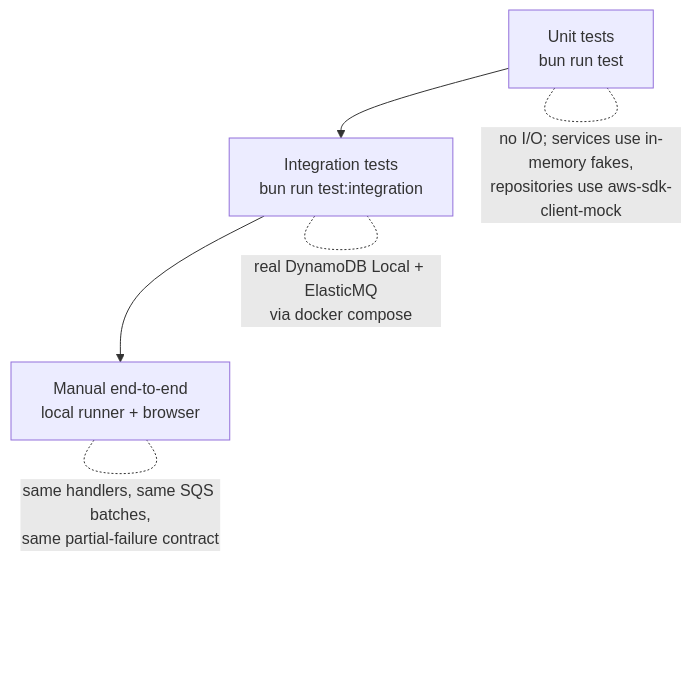
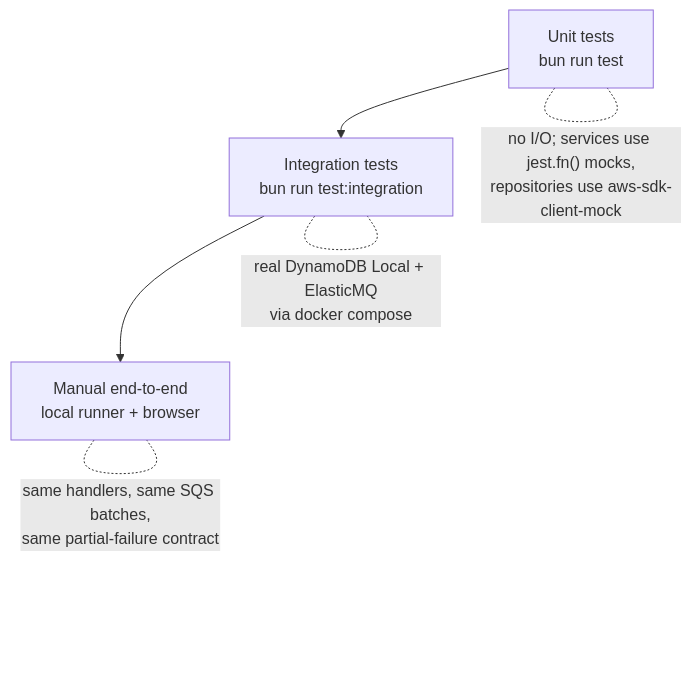
One commit to sumiyab/noti-request-system changed the third of 3 diagrams in README.md. Above: the diagram before and after it, drawn with Mermaid. The commit also changed other lines of this file and 35 other files, not shown here.

First line of the commit message:
Rename tests to specs and mock dependencies with jest.fn()

````diff
--- a/README.md
+++ b/README.md
@@ -402,7 +402,7 @@
 ```mermaid
 flowchart TB
   U["Unit tests<br/>bun run test"] --> I["Integration tests<br/>bun run test:integration"] --> E["Manual end-to-end<br/>local runner + browser"]
-  U -. "no I/O; services use in-memory fakes,<br/>repositories use aws-sdk-client-mock" .- U
+  U -. "no I/O; services use jest.fn() mocks,<br/>repositories use aws-sdk-client-mock" .- U
   I -. "real DynamoDB Local + ElasticMQ<br/>via docker compose" .- I
   E -. "same handlers, same SQS batches,<br/>same partial-failure contract" .- E
 ```
````
